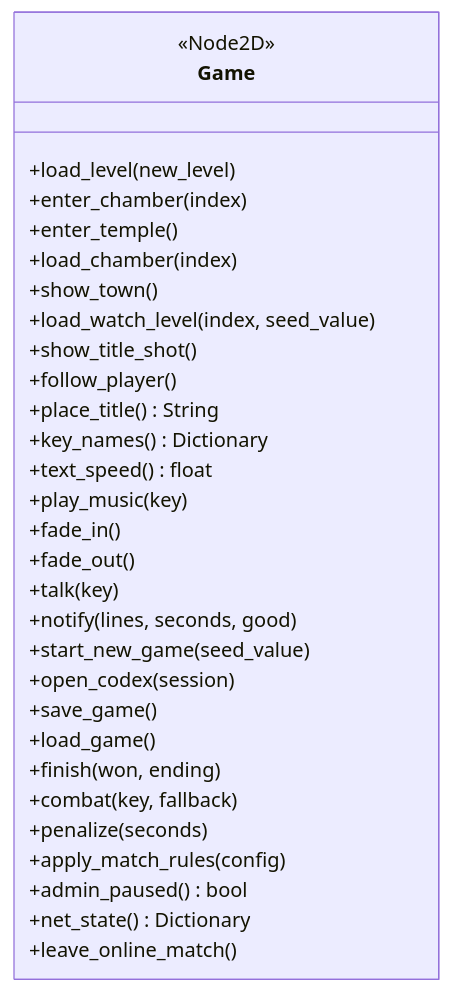
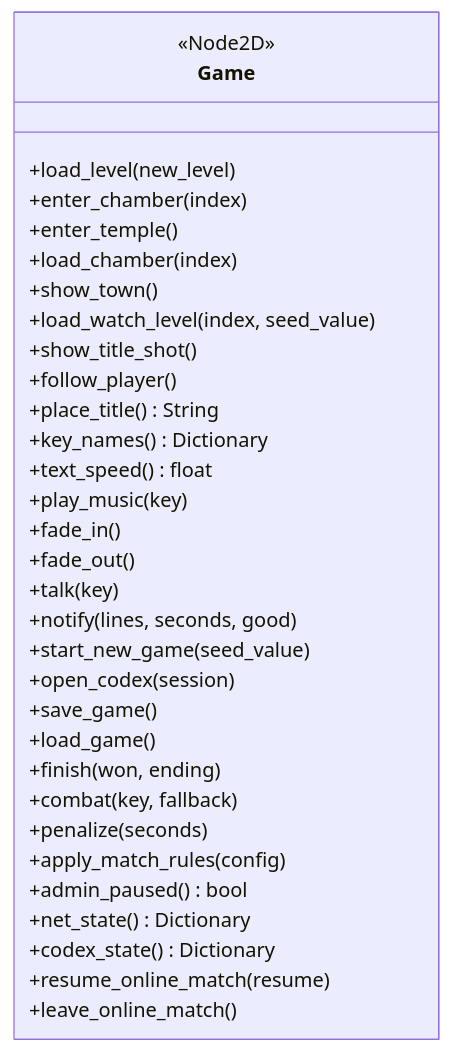
One commit to soyjuza/aritma changed the first of 14 diagrams in docs/UML_COMPLETO.md. Above: the diagram before and after it, drawn with Mermaid. The commit also changed other lines of this file and 14 other files, not shown here.

````diff
--- a/docs/UML_COMPLETO.md
+++ b/docs/UML_COMPLETO.md
@@ -10,33 +10,35 @@
 ```mermaid
 classDiagram
     class Game {
         <<Node2D>>
         +load_level(new_level)
         +enter_chamber(index)
         +enter_temple()
         +load_chamber(index)
         +show_town()
         +load_watch_level(index, seed_value)
         +show_title_shot()
         +follow_player()
         +place_title() String
         +key_names() Dictionary
         +text_speed() float
         +play_music(key)
         +fade_in()
         +fade_out()
         +talk(key)
         +notify(lines, seconds, good)
         +start_new_game(seed_value)
         +open_codex(session)
         +save_game()
         +load_game()
         +finish(won, ending)
         +combat(key, fallback)
         +penalize(seconds)
         +apply_match_rules(config)
         +admin_paused() bool
         +net_state() Dictionary
+        +codex_state() Dictionary
+        +resume_online_match(resume)
         +leave_online_match()
     }
 ```
````
